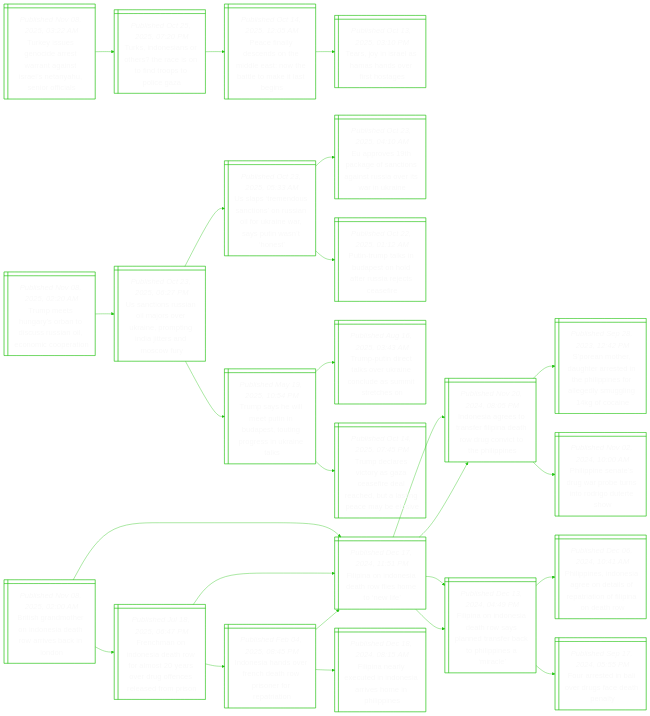
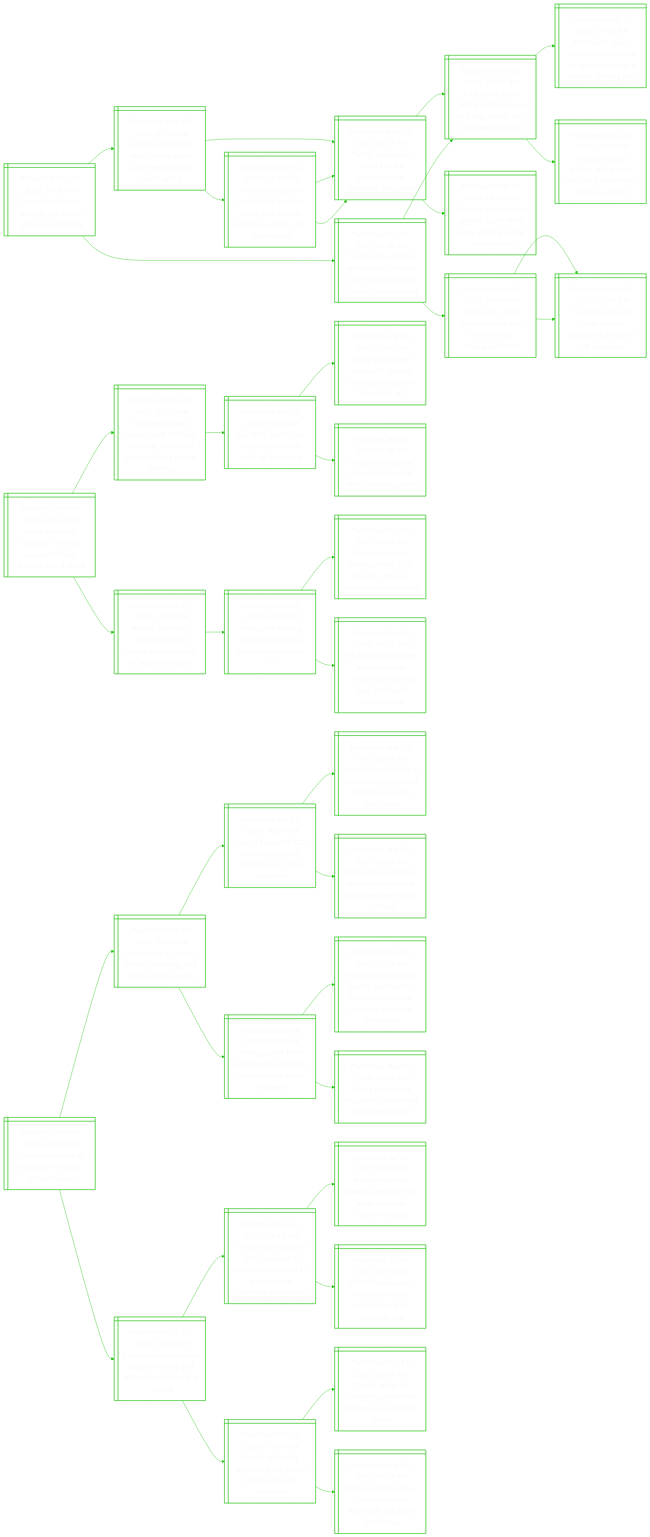
One commit to notJmes/notJmes changed the diagram in README.md. Above: the diagram before and after it, drawn with Mermaid. The commit also changed other lines of this file, not shown here.

````diff
--- a/README.md
+++ b/README.md
@@ -16,88 +16,124 @@
 flowchart LR
 classDef txtsize font-size:20px;
 
-TyeoataaIlauois@{ shape: win-pane, label: "_Published Nov 08, 2025, 03:22 AM_
-Turkey issues genocide arrest warrant against israel’s netanyahu, senior officials" }
-TIeshhetdpoG@{ shape: win-pane, label: "_Published Oct 25, 2025, 07:20 PM_
-Turks, indonesians or others? the race is on to find troops to police gaza" }
-PflcoMeNelale@{ shape: win-pane, label: "_Published Oct 14, 2025, 12:05 AM_
-Peace finally descends on the middle east: now the battle to make it last begins" }
-TjIlmnest@{ shape: win-pane, label: "_Published Oct 13, 2025, 03:10 PM_
-Tears, joy in israel as hamas hands over first hostages" }
+TsofllnSAa@{ shape: win-pane, label: "_Published Nov 08, 2025, 07:40 AM_
+Trump says no us officials will attend g20 in south africa" }
+AkualawgiSAa@{ shape: win-pane, label: "_Published May 23, 2025, 07:20 AM_
+A check of trump’s false claims about white genocide in south africa" }
+Tahurpdvnesn@{ shape: win-pane, label: "_Published May 22, 2025, 01:26 AM_
+Trump ambushes south africa’s president over ‘genocide’ accusation" }
+FwSAarnTcsfimi@{ shape: win-pane, label: "_Published May 13, 2025, 04:01 AM_
+First white south africans arrive in us as trump claims they face discrimination" }
+Tssniofswplec@{ shape: win-pane, label: "_Published Feb 11, 2025, 08:13 PM_
+Trump’s accusations against south africa spark ‘white privilege’ self-mockery" }
+Tseatmaotoenthc@{ shape: win-pane, label: "_Published May 23, 2025, 04:50 AM_
+Trump’s image of dead ‘white farmers’ came from reuters footage in congo, not south africa" }
+Tahurpdvnesn@{ shape: win-pane, label: "_Published May 22, 2025, 01:26 AM_
+Trump ambushes south africa’s president over ‘genocide’ accusation" }
+Tahurpdvnesn@{ shape: win-pane, label: "_Published May 22, 2025, 01:26 AM_
+Trump ambushes south africa’s president over ‘genocide’ accusation" }
+Tseessifsocrd@{ shape: win-pane, label: "_Published Oct 31, 2025, 01:46 AM_
+Trump sets refugee admissions ceiling at 7,500 for fiscal 2026, lowest cap on record" }
+FwSAarnTcsfimi@{ shape: win-pane, label: "_Published May 13, 2025, 04:01 AM_
+First white south africans arrive in us as trump claims they face discrimination" }
+FwSAaaarduivul@{ shape: win-pane, label: "_Published May 12, 2025, 05:01 AM_
+First white south africans board plane for us under trump’s divisive refugee plan" }
+Eluretashirt@{ shape: win-pane, label: "_Published Mar 23, 2025, 07:00 PM_
+Expelled south african envoy to us says he’s back home ‘with no regrets’" }
+Nniursdrirnr@{ shape: win-pane, label: "_Published Feb 09, 2025, 09:47 PM_
+‘no thanks’, white south africans turn down trump’s immigration offer" }
+TfeSAaictfas@{ shape: win-pane, label: "_Published Feb 09, 2025, 02:40 AM_
+Trump freezes all south african assistance as stand-off escalates" }
+TfeSAaictfas@{ shape: win-pane, label: "_Published Feb 09, 2025, 02:40 AM_
+Trump freezes all south african assistance as stand-off escalates" }
 
-TyeoataaIlauois:::txtsize --> TIeshhetdpoG:::txtsize
-TIeshhetdpoG:::txtsize --> PflcoMeNelale:::txtsize
-PflcoMeNelale:::txtsize --> TjIlmnest:::txtsize
+TsofllnSAa:::txtsize --> AkualawgiSAa:::txtsize
+AkualawgiSAa:::txtsize --> Tahurpdvnesn:::txtsize
+Tahurpdvnesn:::txtsize --> FwSAarnTcsfimi:::txtsize
+Tahurpdvnesn:::txtsize --> Tssniofswplec:::txtsize
+AkualawgiSAa:::txtsize --> Tseatmaotoenthc:::txtsize
+Tseatmaotoenthc:::txtsize --> Tahurpdvnesn:::txtsize
+Tseatmaotoenthc:::txtsize --> Tahurpdvnesn:::txtsize
+TsofllnSAa:::txtsize --> Tseessifsocrd:::txtsize
+Tseessifsocrd:::txtsize --> FwSAarnTcsfimi:::txtsize
+FwSAarnTcsfimi:::txtsize --> FwSAaaarduivul:::txtsize
+FwSAarnTcsfimi:::txtsize --> Eluretashirt:::txtsize
+Tseessifsocrd:::txtsize --> Nniursdrirnr:::txtsize
+Nniursdrirnr:::txtsize --> TfeSAaictfas:::txtsize
+Nniursdrirnr:::txtsize --> TfeSAaictfas:::txtsize
 
-TmHrbdssincrn@{ shape: win-pane, label: "_Published Nov 08, 2025, 02:20 AM_
-Trump meets hungary’s orban to discuss russian oil, economic cooperation" }
+WYresemhiN@{ shape: win-pane, label: "_Published Nov 08, 2025, 06:12 AM_
+While you were sleeping: 5 stories you might have missed, nov 8, 2025" }
+Hrbksronsiaiue@{ shape: win-pane, label: "_Published Nov 08, 2025, 02:20 AM_
+Hungary’s orban makes case to trump for using russian oil at warm white house meeting" }
+BiuwKablke@{ shape: win-pane, label: "_Published Sep 24, 2025, 03:22 AM_
+‘big shift’: trump now says kyiv can win back ‘all of ukraine’" }
+TPdtsUncamre@{ shape: win-pane, label: "_Published Aug 16, 2025, 03:43 AM_
+Trump-putin direct talks over ukraine conclude as summit stretches on" }
+Unlyphaiogh@{ shape: win-pane, label: "_Published Mar 01, 2025, 01:48 AM_
+Ukraine’s zelensky, trump clash in oval office shouting match" }
+RaislnLvaofrP@{ shape: win-pane, label: "_Published Nov 07, 2025, 10:30 PM_
+Russia dismisses speculation that lavrov has fallen out of favour with putin" }
+TnstitKioi@{ shape: win-pane, label: "_Published Oct 26, 2025, 10:05 AM_
+Trump not ‘wasting time’ with putin as kremlin envoy visits us" }
+Psonrsfltlasi@{ shape: win-pane, label: "_Published Oct 25, 2025, 12:40 AM_
+Putin’s economic envoy arrives in us for talks, after oil companies sanctioned" }
 Ucsilrrionitncr@{ shape: win-pane, label: "_Published Oct 23, 2025, 06:27 PM_
 Us sanctions russian oil majors over ukraine, prompting india jitters and moscow fury" }
-UpmucssorirPwht@{ shape: win-pane, label: "_Published Oct 23, 2025, 05:33 AM_
-Us slaps ‘tremendous sanctions’ on russian oil for ukraine war, says putin wasn’t ‘honest’" }
-ErtkftassewUn@{ shape: win-pane, label: "_Published Oct 23, 2025, 04:10 AM_
-Eu approves 19th package of sanctions against russia over its war in ukraine" }
-PTtiaodrieei@{ shape: win-pane, label: "_Published Oct 22, 2025, 01:12 AM_
-Putin-trump talks in budapest on hold after russia rejects ceasefire" }
-Tsemunpogrnil@{ shape: win-pane, label: "_Published May 19, 2025, 10:54 PM_
-Trump says he will meet putin in budapest, touting progress in ukraine talks" }
-TPdtsUncamre@{ shape: win-pane, label: "_Published Aug 16, 2025, 03:43 AM_
-Trump-putin direct talks over ukraine conclude as summit stretches on" }
-Tdrcaaededlncbs@{ shape: win-pane, label: "_Published Oct 14, 2025, 07:45 PM_
-Trump declares victory as gaza ceasefire deal reached, but a lasting peace may be elusive" }
 
-TmHrbdssincrn:::txtsize --> Ucsilrrionitncr:::txtsize
-Ucsilrrionitncr:::txtsize --> UpmucssorirPwht:::txtsize
-UpmucssorirPwht:::txtsize --> ErtkftassewUn:::txtsize
-UpmucssorirPwht:::txtsize --> PTtiaodrieei:::txtsize
-Ucsilrrionitncr:::txtsize --> Tsemunpogrnil:::txtsize
-Tsemunpogrnil:::txtsize --> TPdtsUncamre:::txtsize
-Tsemunpogrnil:::txtsize --> Tdrcaaededlncbs:::txtsize
+WYresemhiN:::txtsize --> Hrbksronsiaiue:::txtsize
+Hrbksronsiaiue:::txtsize --> BiuwKablke:::txtsize
+BiuwKablke:::txtsize --> TPdtsUncamre:::txtsize
+BiuwKablke:::txtsize --> Unlyphaiogh:::txtsize
+WYresemhiN:::txtsize --> RaislnLvaofrP:::txtsize
+RaislnLvaofrP:::txtsize --> TnstitKioi:::txtsize
+TnstitKioi:::txtsize --> Psonrsfltlasi:::txtsize
+TnstitKioi:::txtsize --> Ucsilrrionitncr:::txtsize
 
-BsnhIeeoiaLn@{ shape: win-pane, label: "_Published Nov 08, 2025, 02:00 AM_
-British grandmother on indonesia death row arrives back in london" }
-Fhnndrrsrrocldpn@{ shape: win-pane, label: "_Published Jul 18, 2025, 06:47 PM_
-Frenchman on indonesia death row for almost 20 years over drug offences released from prison" }
-Ieaveeosfpa@{ shape: win-pane, label: "_Published Feb 04, 2025, 08:45 PM_
-Indonesia hands over french death row prisoner for repatriation" }
-FiIeeoeew@{ shape: win-pane, label: "_Published Dec 17, 2024, 11:51 PM_
-Filipina on indonesia death row flies home to ‘new life’" }
-Fiaxensrhnie@{ shape: win-pane, label: "_Published Dec 18, 2024, 08:15 AM_
-Filipina nearly executed in indonesia arrives home in philippines" }
-FiIeeoeew@{ shape: win-pane, label: "_Published Dec 17, 2024, 11:51 PM_
-Filipina on indonesia death row flies home to ‘new life’" }
-IegtnFiawcchln@{ shape: win-pane, label: "_Published Nov 20, 2024, 08:05 PM_
-Indonesia agrees to transfer filipina death row drug convict to the philippines" }
-FiIeeosnartlnie@{ shape: win-pane, label: "_Published Dec 13, 2024, 04:49 PM_
-Filipina on indonesia death row says planned transfer back to philippines a ‘miracle’" }
-FiIeeoeew@{ shape: win-pane, label: "_Published Dec 17, 2024, 11:51 PM_
-Filipina on indonesia death row flies home to ‘new life’" }
-IegtnFiawcchln@{ shape: win-pane, label: "_Published Nov 20, 2024, 08:05 PM_
-Indonesia agrees to transfer filipina death row drug convict to the philippines" }
-Sahursnhpfllggcn@{ shape: win-pane, label: "_Published Sep 28, 2023, 12:42 PM_
-S’porean mother, daughter arrested in the philippines for allegedly smuggling 14kg of cocaine" }
-PpSegrundDtw@{ shape: win-pane, label: "_Published Nov 02, 2024, 10:00 AM_
-Philippine senate’s drug war probe turns into rodrigo duterte show" }
-FiIeeosnartlnie@{ shape: win-pane, label: "_Published Dec 13, 2024, 04:49 PM_
-Filipina on indonesia death row says planned transfer back to philippines a ‘miracle’" }
-PpsnaoaftiFidr@{ shape: win-pane, label: "_Published Dec 06, 2024, 10:41 AM_
-Philippines, indonesia agree on details of repatriation of filipina on death row" }
-Freaegehl@{ shape: win-pane, label: "_Published Sep 17, 2024, 05:55 PM_
-Four arrested in bali over drugs face death penalty" }
+Clvtasepu@{ shape: win-pane, label: "_Published Nov 08, 2025, 04:54 AM_
+Cornell university to pay $60m to settle trump dispute" }
+UefrUraott@{ shape: win-pane, label: "_Published Apr 09, 2025, 11:05 AM_
+Us freezes $1.4b for cornell university and $1b for northwestern" }
+TttinrfnrSi@{ shape: win-pane, label: "_Published Apr 01, 2025, 06:57 AM_
+Trump threatens $12 billion in harvard funding over ‘anti-semitism’" }
+AmntteeCbdie@{ shape: win-pane, label: "_Published Mar 23, 2025, 11:59 AM_
+Academia confronts a watershed moment at columbia, and the right revels" }
+Yadvlsudstto@{ shape: win-pane, label: "_Published Mar 30, 2025, 10:30 AM_
+Yale, harvard remove employees as trump adds pressure to elite schools" }
+Tpdiouoslle@{ shape: win-pane, label: "_Published Mar 09, 2025, 09:20 AM_
+Trump pulled $400 million from columbia, other schools could be next" }
+UcinntoivtrSili@{ shape: win-pane, label: "_Published Mar 08, 2025, 02:51 AM_
+Us cancels $530m in grants, contracts to columbia university over anti-semitism allegations" }
+Ttedipeoeo@{ shape: win-pane, label: "_Published Mar 06, 2025, 01:55 PM_
+Trump to order us education department abolished: report" }
+Hrdnlnyinnar@{ shape: win-pane, label: "_Published Oct 17, 2025, 03:05 AM_
+Harvard’s endowment swells to nearly $74 billion; donations hit a record" }
+TaiteHruertdaeseo@{ shape: win-pane, label: "_Published Aug 01, 2025, 04:14 AM_
+Trump administration refers harvard to justice department to address anti-semitism allegations" }
+BUrmawhtseei@{ shape: win-pane, label: "_Published Jul 31, 2025, 08:05 AM_
+Brown university makes a deal with the white house to restore funding" }
+WHsfftnssrme@{ shape: win-pane, label: "_Published Jul 26, 2025, 07:39 AM_
+White house seeks fines from other universities after columbia deal" }
+BUrrtiuasaat@{ shape: win-pane, label: "_Published Oct 16, 2025, 07:00 AM_
+Brown university rejects a white house deal for special treatment" }
+TosoeftugrtM@{ shape: win-pane, label: "_Published Oct 14, 2025, 08:00 AM_
+Trump offers all colleges preferential funding plan rejected by mit" }
+BbetnssugtsT@{ shape: win-pane, label: "_Published Aug 05, 2025, 08:59 AM_
+Badly bruised elite us universities are rushing to cut deals with trump" }
 
-BsnhIeeoiaLn:::txtsize --> Fhnndrrsrrocldpn:::txtsize
-Fhnndrrsrrocldpn:::txtsize --> Ieaveeosfpa:::txtsize
-Ieaveeosfpa:::txtsize --> FiIeeoeew:::txtsize
-Ieaveeosfpa:::txtsize --> Fiaxensrhnie:::txtsize
-Fhnndrrsrrocldpn:::txtsize --> FiIeeoeew:::txtsize
-FiIeeoeew:::txtsize --> IegtnFiawcchln:::txtsize
-FiIeeoeew:::txtsize --> FiIeeosnartlnie:::txtsize
-BsnhIeeoiaLn:::txtsize --> FiIeeoeew:::txtsize
-FiIeeoeew:::txtsize --> IegtnFiawcchln:::txtsize
-IegtnFiawcchln:::txtsize --> Sahursnhpfllggcn:::txtsize
-IegtnFiawcchln:::txtsize --> PpSegrundDtw:::txtsize
-FiIeeoeew:::txtsize --> FiIeeosnartlnie:::txtsize
-FiIeeosnartlnie:::txtsize --> PpsnaoaftiFidr:::txtsize
-FiIeeosnartlnie:::txtsize --> Freaegehl:::txtsize
+Clvtasepu:::txtsize --> UefrUraott:::txtsize
+UefrUraott:::txtsize --> TttinrfnrSi:::txtsize
+TttinrfnrSi:::txtsize --> AmntteeCbdie:::txtsize
+TttinrfnrSi:::txtsize --> Yadvlsudstto:::txtsize
+UefrUraott:::txtsize --> Tpdiouoslle:::txtsize
+Tpdiouoslle:::txtsize --> UcinntoivtrSili:::txtsize
+Tpdiouoslle:::txtsize --> Ttedipeoeo:::txtsize
+Clvtasepu:::txtsize --> Hrdnlnyinnar:::txtsize
+Hrdnlnyinnar:::txtsize --> TaiteHruertdaeseo:::txtsize
+TaiteHruertdaeseo:::txtsize --> BUrmawhtseei:::txtsize
+TaiteHruertdaeseo:::txtsize --> WHsfftnssrme:::txtsize
+Hrdnlnyinnar:::txtsize --> BUrrtiuasaat:::txtsize
+BUrrtiuasaat:::txtsize --> TosoeftugrtM:::txtsize
+BUrrtiuasaat:::txtsize --> BbetnssugtsT:::txtsize
 
 ```
````
